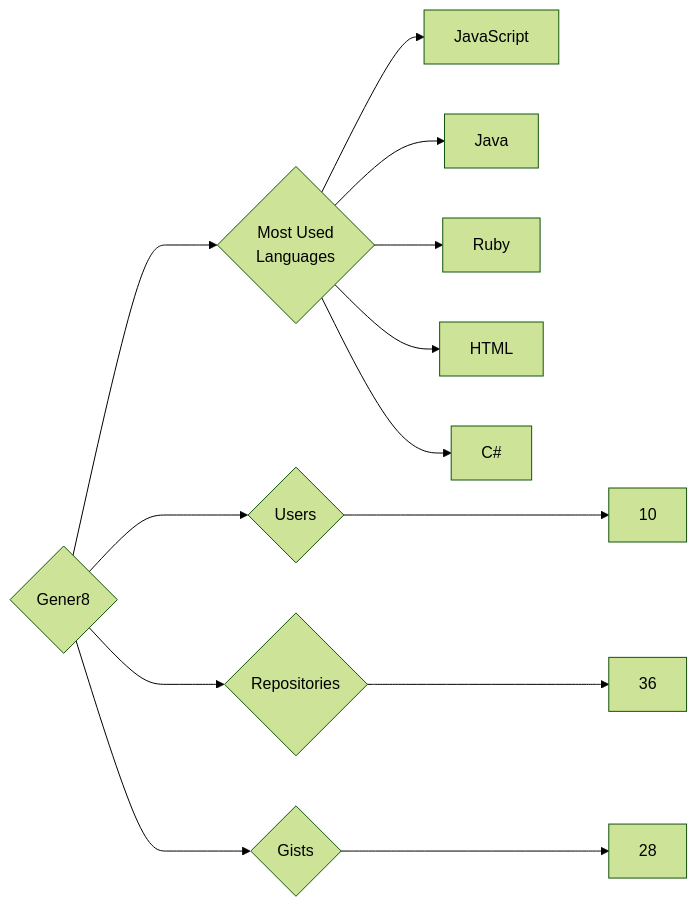
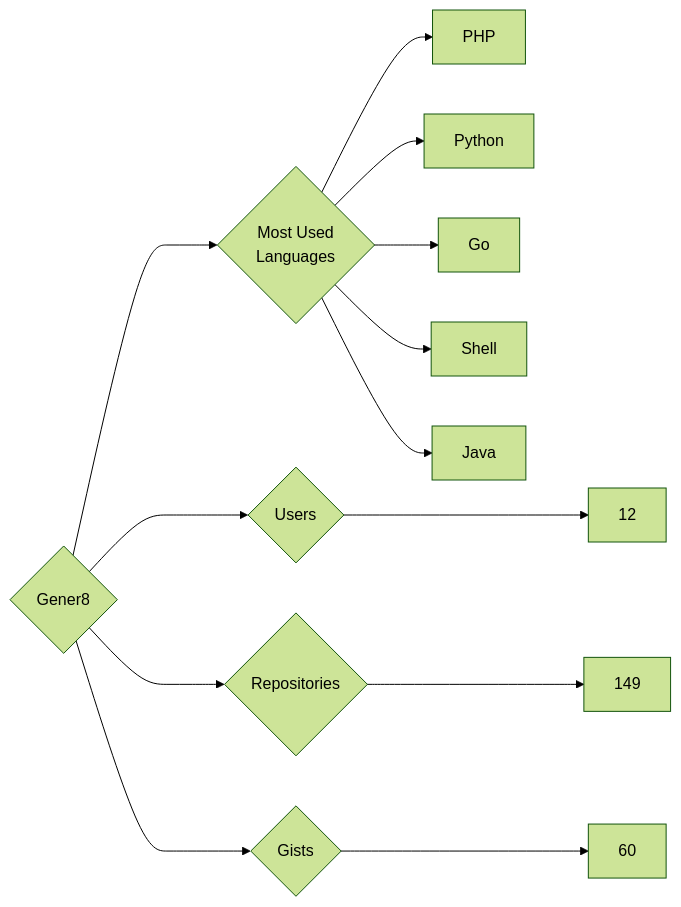
The diagram in targets/Gener8/README.md (trickest/insiders), drawn with Mermaid (forest theme) before and after one commit. The commit also changed 891 other files, not shown here.

````diff
--- a/targets/Gener8/README.md
+++ b/targets/Gener8/README.md
@@ -3,13 +3,13 @@
 ```mermaid
 graph LR
 COMPANY_NAME{Gener8}
-COMPANY_NAME ---> U{Users} ---> UN[10]
-COMPANY_NAME ---> R{Repositories} ---> RN[36]
-COMPANY_NAME ---> G{Gists} ---> GN[28]
+COMPANY_NAME ---> U{Users} ---> UN[12]
+COMPANY_NAME ---> R{Repositories} ---> RN[149]
+COMPANY_NAME ---> G{Gists} ---> GN[60]
 COMPANY_NAME ---> ML{Most Used<br>Languages}
-ML --> JavaScript[JavaScript]
+ML --> PHP[PHP]
+ML --> Python[Python]
+ML --> Go[Go]
+ML --> Shell[Shell]
 ML --> Java[Java]
-ML --> Ruby[Ruby]
-ML --> HTML[HTML]
-ML --> C#[C#]
 ```
````
